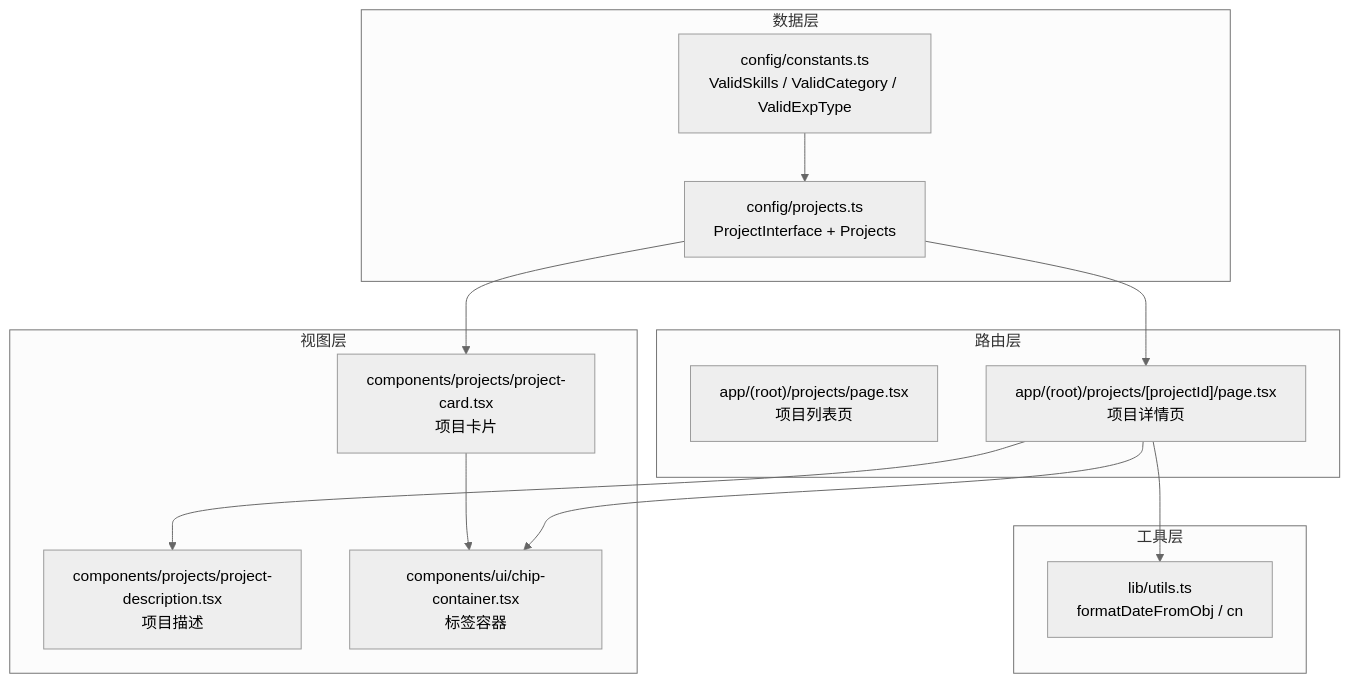
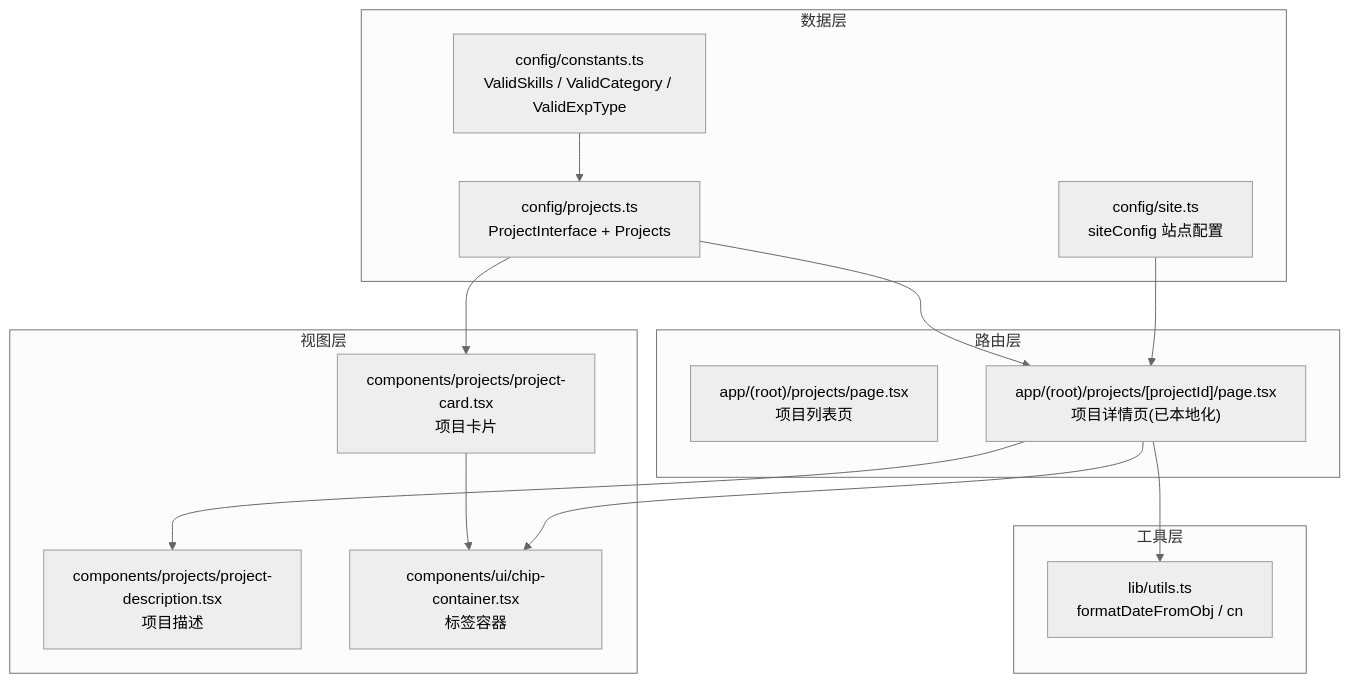
The first of 6 diagrams in .qoder/repowiki/zh/content/核心功能模块/项目展示模块/项目展示模块.md (florianjsun/next-portfolio), drawn with Mermaid (neutral theme) before and after one commit. The commit also changed other lines of this file and 4 other files, not shown here.

````diff
--- a/.qoder/repowiki/zh/content/核心功能模块/项目展示模块/项目展示模块.md
+++ b/.qoder/repowiki/zh/content/核心功能模块/项目展示模块/项目展示模块.md
@@ -38,26 +46,28 @@
 ```mermaid
 graph TB
 subgraph "数据层"
 P["config/projects.ts<br/>ProjectInterface + Projects"]
 C["config/constants.ts<br/>ValidSkills / ValidCategory / ValidExpType"]
+S["config/site.ts<br/>siteConfig 站点配置"]
 end
 subgraph "视图层"
 PC["components/projects/project-card.tsx<br/>项目卡片"]
 PD["components/projects/project-description.tsx<br/>项目描述"]
 CC["components/ui/chip-container.tsx<br/>标签容器"]
 end
 subgraph "路由层"
 PL["app/(root)/projects/page.tsx<br/>项目列表页"]
-PI["app/(root)/projects/[projectId]/page.tsx<br/>项目详情页"]
+PI["app/(root)/projects/[projectId]/page.tsx<br/>项目详情页(已本地化)"]
 end
 subgraph "工具层"
 U["lib/utils.ts<br/>formatDateFromObj / cn"]
 end
 P --> PC
 P --> PI
 C --> P
+S --> PI
 PC --> CC
 PI --> PD
 PI --> CC
 PI --> U
 ```
````
